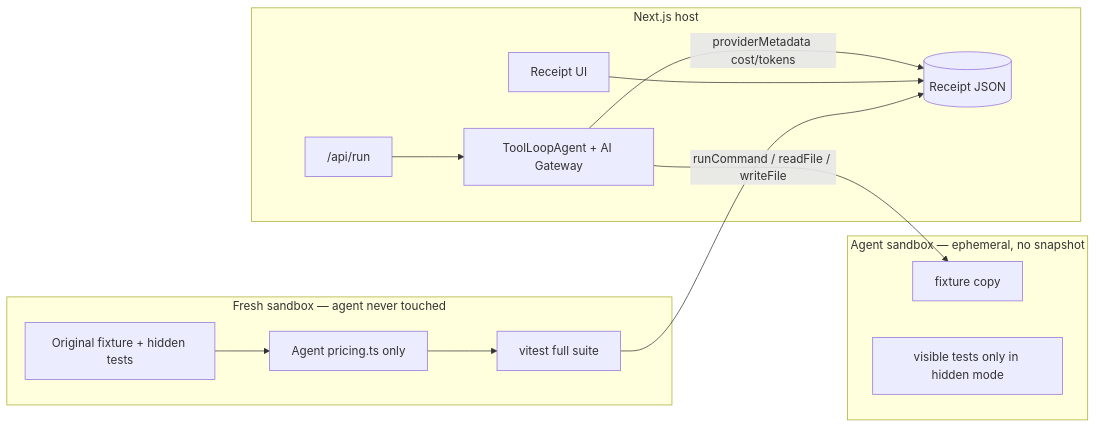
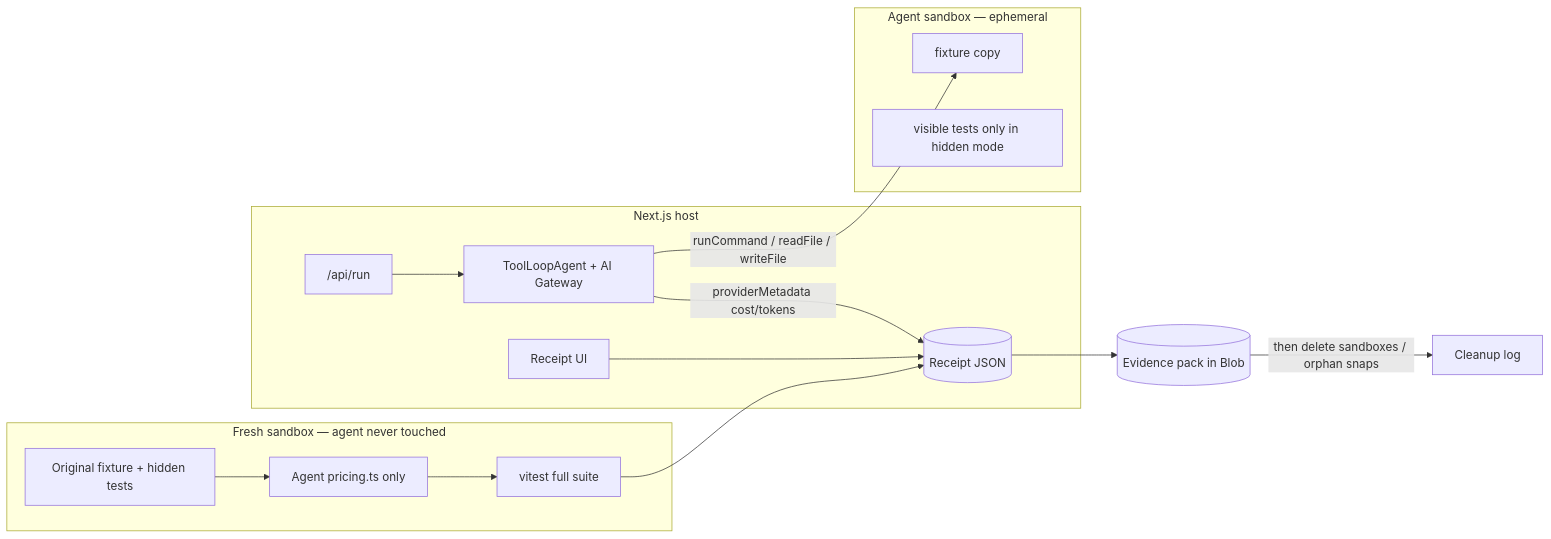
One commit to debs-obrien/sandbox-verified-agent changed the diagram in README.md. Above: the diagram before and after it, drawn with Mermaid. The commit also changed other lines of this file and 9 other files, not shown here.

First line of the commit message:
Add downloadable evidence packs written before snapshot cleanup

````diff
--- a/README.md
+++ b/README.md
@@ -31,24 +31,28 @@
 ```mermaid
 flowchart LR
   subgraph Host["Next.js host"]
     UI[Receipt UI]
     API["/api/run"]
     Agent["ToolLoopAgent + AI Gateway"]
     API --> Agent
     Agent -->|providerMetadata cost/tokens| Receipt[(Receipt JSON)]
     UI --> Receipt
   end
 
-  subgraph AgentSBX["Agent sandbox — ephemeral, no snapshot"]
+  subgraph AgentSBX["Agent sandbox — ephemeral"]
     Fix[fixture copy]
     Visible[visible tests only in hidden mode]
     Agent -->|runCommand / readFile / writeFile| Fix
   end
 
   subgraph Verify["Fresh sandbox — agent never touched"]
     Pristine[Original fixture + hidden tests]
     Diff[Agent pricing.ts only]
     Tests[vitest full suite]
     Pristine --> Diff --> Tests --> Receipt
   end
+
+  Evidence[(Evidence pack in Blob)]
+  Receipt --> Evidence
+  Evidence -->|then delete sandboxes / orphan snaps| Cleanup[Cleanup log]
 ```
````
